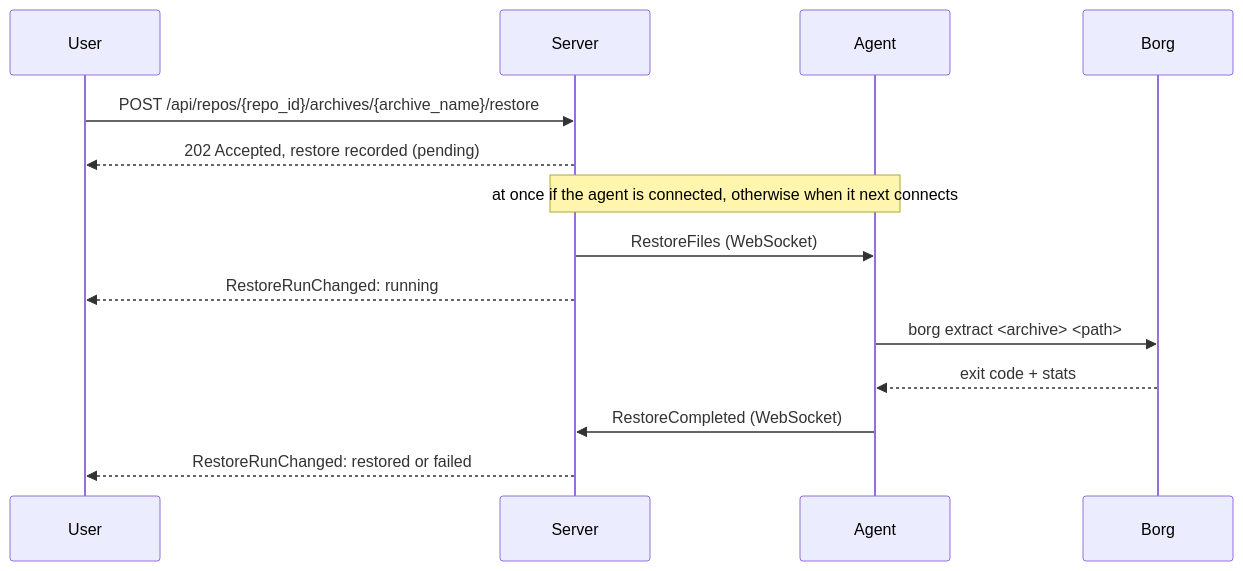
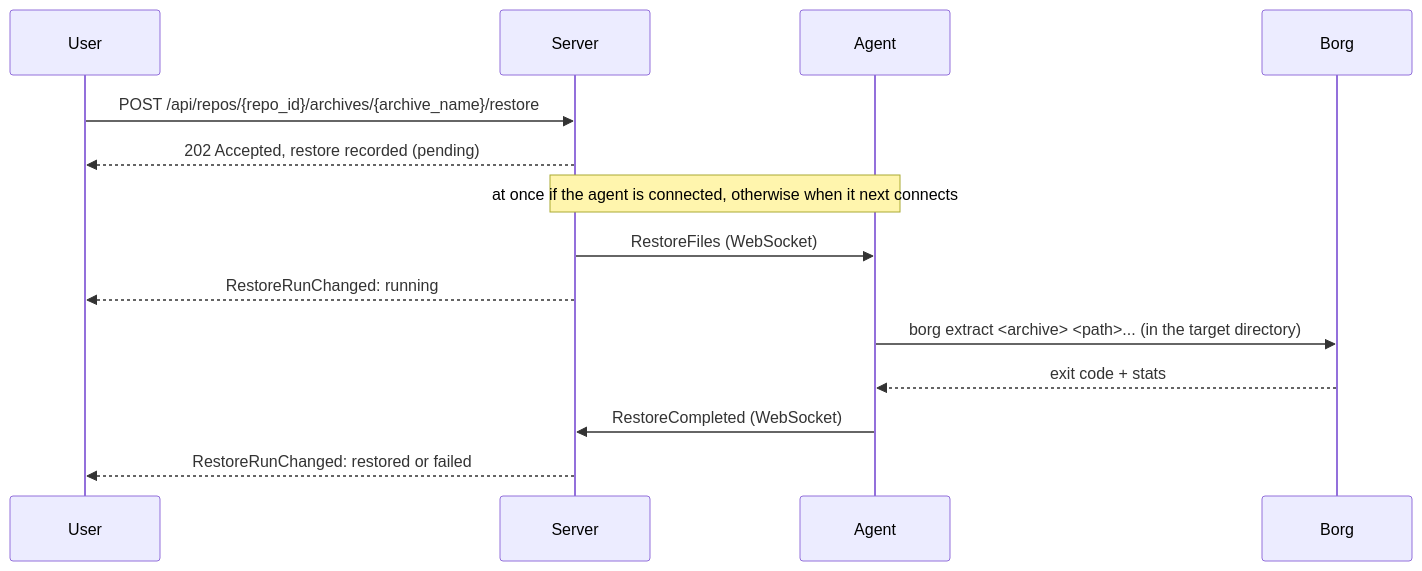
Before and after one commit to alexmohr/assimilate: the diagram in docs/restore.md, drawn with Mermaid. The commit also changed other lines of this file and 105 other files, not shown here.

````diff
--- a/docs/restore.md
+++ b/docs/restore.md
@@ -78,17 +155,17 @@
 ```mermaid
 sequenceDiagram
     participant User
     participant Server
     participant Agent
     participant Borg
 
     User->>Server: POST /api/repos/{repo_id}/archives/{archive_name}/restore
     Server-->>User: 202 Accepted, restore recorded (pending)
     Note over Server,Agent: at once if the agent is connected, otherwise when it next connects
     Server->>Agent: RestoreFiles (WebSocket)
     Server-->>User: RestoreRunChanged: running
-    Agent->>Borg: borg extract <archive> <path>
+    Agent->>Borg: borg extract <archive> <path>... (in the target directory)
     Borg-->>Agent: exit code + stats
     Agent->>Server: RestoreCompleted (WebSocket)
     Server-->>User: RestoreRunChanged: restored or failed
 ```
````
